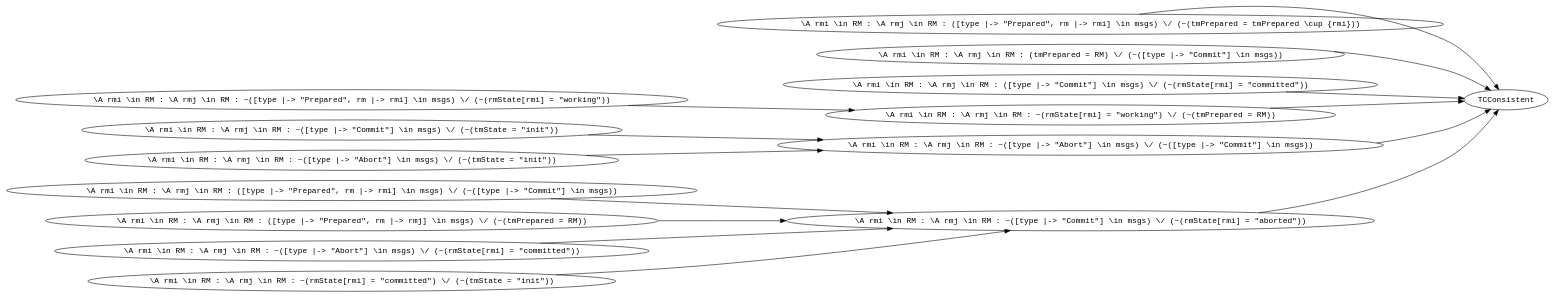
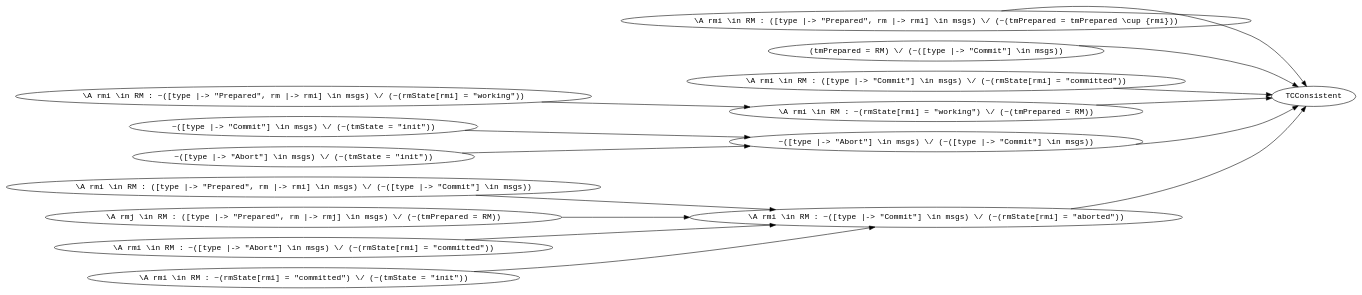
The diagram in graphs/TwoPhase_ind-proof-tree.dot (will62794/endive), drawn with Graphviz before and after one commit. The commit also changed 2 other files, not shown here.

Commit message:
update graphs

```diff
--- a/graphs/TwoPhase_ind-proof-tree.dot
+++ b/graphs/TwoPhase_ind-proof-tree.dot
@@ -1,44 +1,44 @@
 // The Round Table
 digraph "round-table" {
 	graph [rankdir=LR]
-	node [fontname="courier"]
-	Inv79_1_0 [label="\\A rmi \\in RM : \\A rmj \\in RM : ([type |-> \"Prepared\", rm |-> rmi] \\in msgs) \\/ (~(tmPrepared = tmPrepared \\cup {rmi}))"]
+	node [fontname=courier]
+	Inv79_1_0 [label="\\A rmi \\in RM : ([type |-> \"Prepared\", rm |-> rmi] \\in msgs) \\/ (~(tmPrepared = tmPrepared \\cup {rmi}))"]
 	Safety [label=TCConsistent]
-	Inv276_1_1 [label="\\A rmi \\in RM : \\A rmj \\in RM : (tmPrepared = RM) \\/ (~([type |-> \"Commit\"] \\in msgs))"]
+	Inv276_1_1 [label="(tmPrepared = RM) \\/ (~([type |-> \"Commit\"] \\in msgs))"]
 	Safety [label=TCConsistent]
-	Inv45_1_2 [label="\\A rmi \\in RM : \\A rmj \\in RM : ([type |-> \"Commit\"] \\in msgs) \\/ (~(rmState[rmi] = \"committed\"))"]
+	Inv45_1_2 [label="\\A rmi \\in RM : ([type |-> \"Commit\"] \\in msgs) \\/ (~(rmState[rmi] = \"committed\"))"]
 	Safety [label=TCConsistent]
-	Inv400_1_3 [label="\\A rmi \\in RM : \\A rmj \\in RM : ~(rmState[rmi] = \"working\") \\/ (~(tmPrepared = RM))"]
+	Inv400_1_3 [label="\\A rmi \\in RM : ~(rmState[rmi] = \"working\") \\/ (~(tmPrepared = RM))"]
 	Safety [label=TCConsistent]
-	Inv318_1_4 [label="\\A rmi \\in RM : \\A rmj \\in RM : ~([type |-> \"Abort\"] \\in msgs) \\/ (~([type |-> \"Commit\"] \\in msgs))"]
+	Inv318_1_4 [label="~([type |-> \"Abort\"] \\in msgs) \\/ (~([type |-> \"Commit\"] \\in msgs))"]
 	Safety [label=TCConsistent]
-	Inv334_1_5 [label="\\A rmi \\in RM : \\A rmj \\in RM : ~([type |-> \"Commit\"] \\in msgs) \\/ (~(rmState[rmi] = \"aborted\"))"]
+	Inv334_1_5 [label="\\A rmi \\in RM : ~([type |-> \"Commit\"] \\in msgs) \\/ (~(rmState[rmi] = \"aborted\"))"]
 	Safety [label=TCConsistent]
-	Inv349_1_1 [label="\\A rmi \\in RM : \\A rmj \\in RM : ~([type |-> \"Prepared\", rm |-> rmi] \\in msgs) \\/ (~(rmState[rmi] = \"working\"))"]
-	Inv400_1_3 [label="\\A rmi \\in RM : \\A rmj \\in RM : ~(rmState[rmi] = \"working\") \\/ (~(tmPrepared = RM))"]
-	Inv344_1_0 [label="\\A rmi \\in RM : \\A rmj \\in RM : ~([type |-> \"Commit\"] \\in msgs) \\/ (~(tmState = \"init\"))"]
-	Inv318_1_4 [label="\\A rmi \\in RM : \\A rmj \\in RM : ~([type |-> \"Abort\"] \\in msgs) \\/ (~([type |-> \"Commit\"] \\in msgs))"]
-	Inv331_1_1 [label="\\A rmi \\in RM : \\A rmj \\in RM : ~([type |-> \"Abort\"] \\in msgs) \\/ (~(tmState = \"init\"))"]
-	Inv318_1_4 [label="\\A rmi \\in RM : \\A rmj \\in RM : ~([type |-> \"Abort\"] \\in msgs) \\/ (~([type |-> \"Commit\"] \\in msgs))"]
-	Inv68_1_0 [label="\\A rmi \\in RM : \\A rmj \\in RM : ([type |-> \"Prepared\", rm |-> rmi] \\in msgs) \\/ (~([type |-> \"Commit\"] \\in msgs))"]
-	Inv334_1_5 [label="\\A rmi \\in RM : \\A rmj \\in RM : ~([type |-> \"Commit\"] \\in msgs) \\/ (~(rmState[rmi] = \"aborted\"))"]
-	Inv103_1_2 [label="\\A rmi \\in RM : \\A rmj \\in RM : ([type |-> \"Prepared\", rm |-> rmj] \\in msgs) \\/ (~(tmPrepared = RM))"]
-	Inv334_1_5 [label="\\A rmi \\in RM : \\A rmj \\in RM : ~([type |-> \"Commit\"] \\in msgs) \\/ (~(rmState[rmi] = \"aborted\"))"]
-	Inv322_1_4 [label="\\A rmi \\in RM : \\A rmj \\in RM : ~([type |-> \"Abort\"] \\in msgs) \\/ (~(rmState[rmi] = \"committed\"))"]
-	Inv334_1_5 [label="\\A rmi \\in RM : \\A rmj \\in RM : ~([type |-> \"Commit\"] \\in msgs) \\/ (~(rmState[rmi] = \"aborted\"))"]
-	Inv386_1_5 [label="\\A rmi \\in RM : \\A rmj \\in RM : ~(rmState[rmi] = \"committed\") \\/ (~(tmState = \"init\"))"]
-	Inv334_1_5 [label="\\A rmi \\in RM : \\A rmj \\in RM : ~([type |-> \"Commit\"] \\in msgs) \\/ (~(rmState[rmi] = \"aborted\"))"]
+	Inv349_1_1 [label="\\A rmi \\in RM : ~([type |-> \"Prepared\", rm |-> rmi] \\in msgs) \\/ (~(rmState[rmi] = \"working\"))"]
+	Inv400_1_3 [label="\\A rmi \\in RM : ~(rmState[rmi] = \"working\") \\/ (~(tmPrepared = RM))"]
+	Inv344_1_0 [label="~([type |-> \"Commit\"] \\in msgs) \\/ (~(tmState = \"init\"))"]
+	Inv318_1_4 [label="~([type |-> \"Abort\"] \\in msgs) \\/ (~([type |-> \"Commit\"] \\in msgs))"]
+	Inv331_1_1 [label="~([type |-> \"Abort\"] \\in msgs) \\/ (~(tmState = \"init\"))"]
+	Inv318_1_4 [label="~([type |-> \"Abort\"] \\in msgs) \\/ (~([type |-> \"Commit\"] \\in msgs))"]
+	Inv68_1_0 [label="\\A rmi \\in RM : ([type |-> \"Prepared\", rm |-> rmi] \\in msgs) \\/ (~([type |-> \"Commit\"] \\in msgs))"]
+	Inv334_1_5 [label="\\A rmi \\in RM : ~([type |-> \"Commit\"] \\in msgs) \\/ (~(rmState[rmi] = \"aborted\"))"]
+	Inv103_1_2 [label="\\A rmj \\in RM : ([type |-> \"Prepared\", rm |-> rmj] \\in msgs) \\/ (~(tmPrepared = RM))"]
+	Inv334_1_5 [label="\\A rmi \\in RM : ~([type |-> \"Commit\"] \\in msgs) \\/ (~(rmState[rmi] = \"aborted\"))"]
+	Inv322_1_4 [label="\\A rmi \\in RM : ~([type |-> \"Abort\"] \\in msgs) \\/ (~(rmState[rmi] = \"committed\"))"]
+	Inv334_1_5 [label="\\A rmi \\in RM : ~([type |-> \"Commit\"] \\in msgs) \\/ (~(rmState[rmi] = \"aborted\"))"]
+	Inv386_1_5 [label="\\A rmi \\in RM : ~(rmState[rmi] = \"committed\") \\/ (~(tmState = \"init\"))"]
+	Inv334_1_5 [label="\\A rmi \\in RM : ~([type |-> \"Commit\"] \\in msgs) \\/ (~(rmState[rmi] = \"aborted\"))"]
 	Inv79_1_0 -> Safety
 	Inv276_1_1 -> Safety
 	Inv45_1_2 -> Safety
 	Inv400_1_3 -> Safety
 	Inv318_1_4 -> Safety
 	Inv334_1_5 -> Safety
 	Inv349_1_1 -> Inv400_1_3
 	Inv344_1_0 -> Inv318_1_4
 	Inv331_1_1 -> Inv318_1_4
 	Inv68_1_0 -> Inv334_1_5
 	Inv103_1_2 -> Inv334_1_5
 	Inv322_1_4 -> Inv334_1_5
 	Inv386_1_5 -> Inv334_1_5
 }
```
